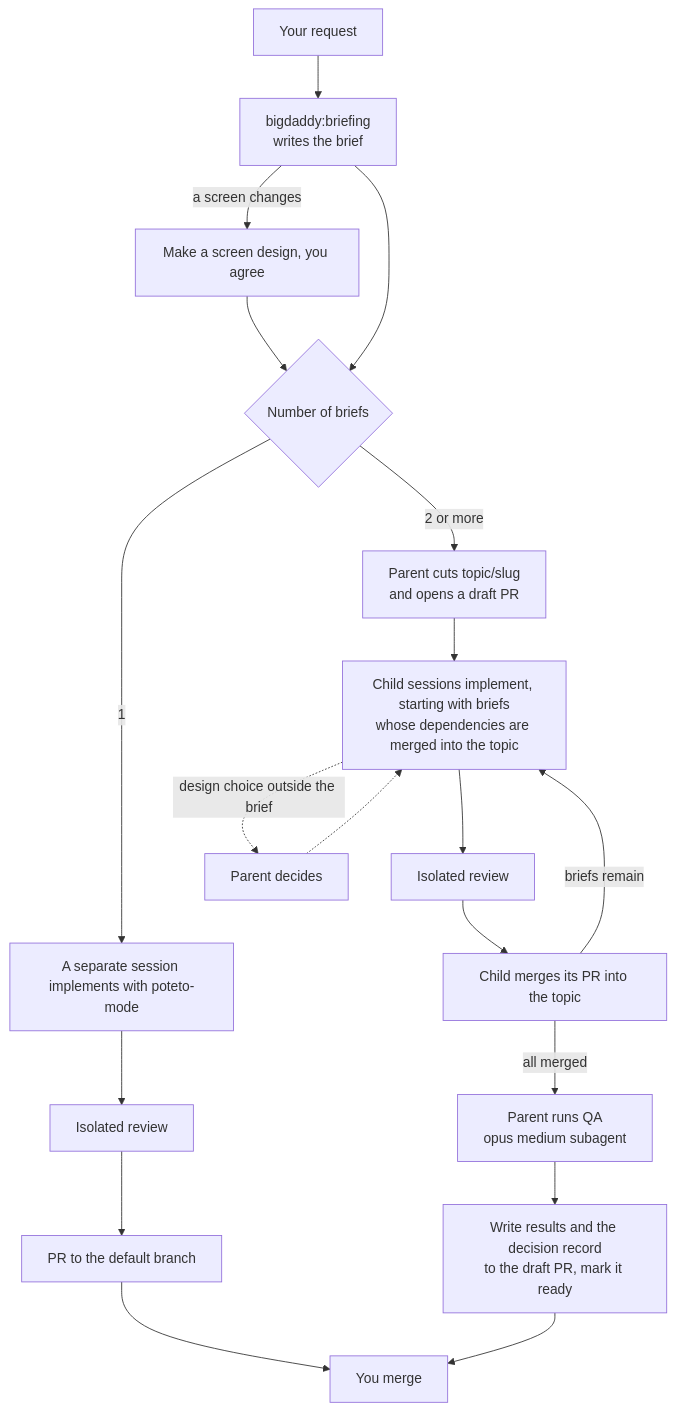
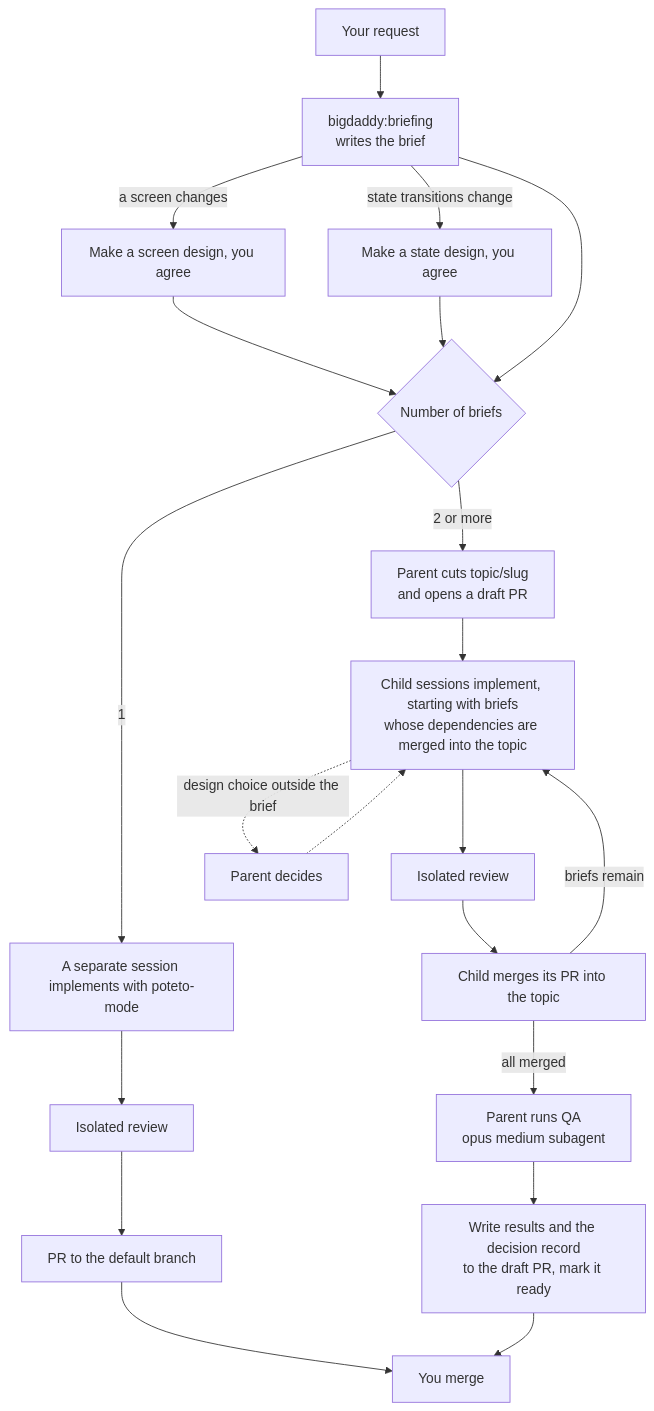
Before and after one commit to iamyosei/bigdaddy: the diagram in docs/workflow.md, drawn with Mermaid. The commit also changed other lines of this file and 5 other files, not shown here.

````diff
--- a/docs/workflow.md
+++ b/docs/workflow.md
@@ -7,21 +7,23 @@
 ```mermaid
 flowchart TD
     U["Your request"] --> B["bigdaddy:briefing<br/>writes the brief"]
     B -->|"a screen changes"| D["Make a screen design, you agree"]
     D --> N
+    B -->|"state transitions change"| S["Make a state design, you agree"]
+    S --> N
     B --> N{"Number of briefs"}
     N -->|"1"| I1["A separate session implements with poteto-mode"]
     I1 --> R1["Isolated review"]
     R1 --> P1["PR to the default branch"]
     P1 --> M["You merge"]
     N -->|"2 or more"| T["Parent cuts topic/slug<br/>and opens a draft PR"]
     T --> I2["Child sessions implement, starting with briefs<br/>whose dependencies are merged into the topic"]
     I2 --> R2["Isolated review"]
     R2 --> C["Child merges its PR into the topic"]
     C -->|"briefs remain"| I2
     C -->|"all merged"| Q["Parent runs QA<br/>opus medium subagent"]
     Q --> RD["Write results and the decision record<br/>to the draft PR, mark it ready"]
     RD --> M
     I2 -.->|"design choice outside the brief"| PA["Parent decides"]
     PA -.-> I2
 ```
````
